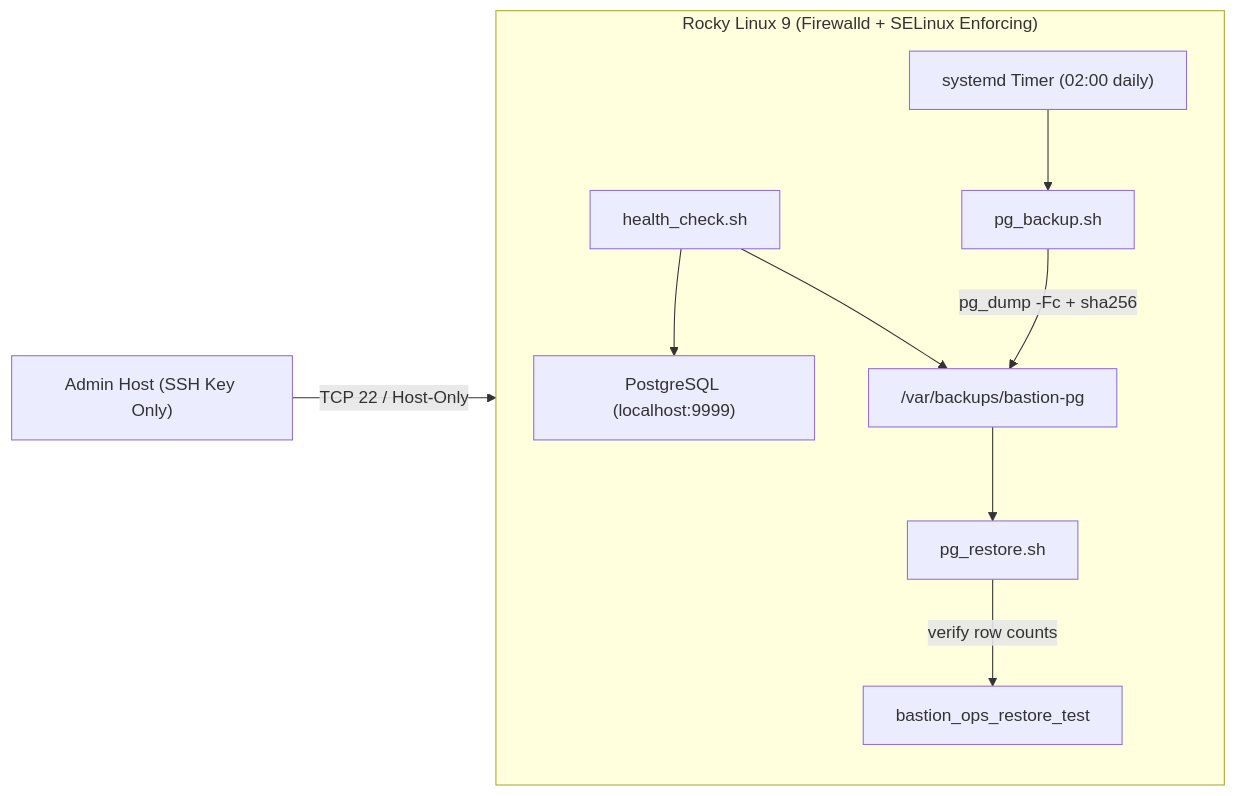
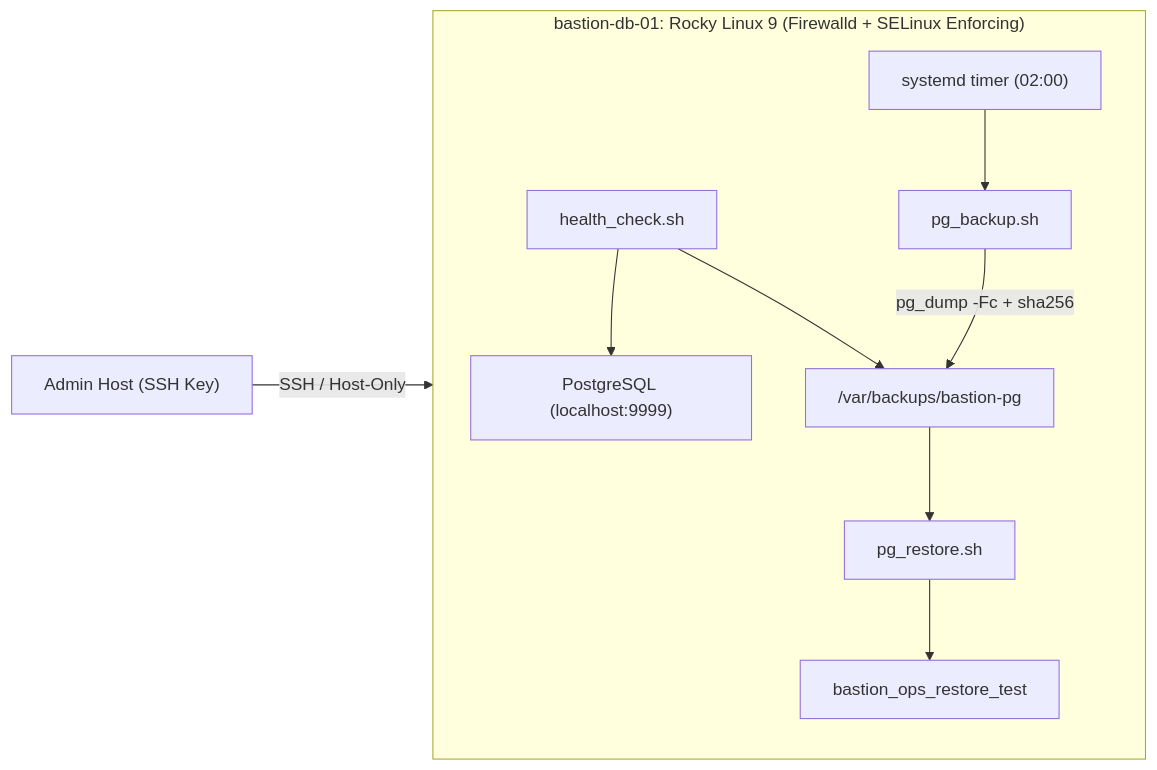
The diagram in README.md (emredalaman07/airgap-ops), drawn with Mermaid before and after one commit. The commit also changed other lines of this file and 13 other files, not shown here.

````diff
--- a/README.md
+++ b/README.md
@@ -7,14 +7,14 @@
 ```mermaid
 flowchart LR
-    Host["Admin Host (SSH Key Only)"] -->|TCP 22 / Host-Only| VM
+    Admin["Admin Host (SSH Key)"] -->|SSH / Host-Only| VM
 
-    subgraph VM["Rocky Linux 9 (Firewalld + SELinux Enforcing)"]
+    subgraph VM["bastion-db-01: Rocky Linux 9 (Firewalld + SELinux Enforcing)"]
         PG["PostgreSQL (localhost:9999)"]
-        Timer["systemd Timer (02:00 daily)"] --> Backup["pg_backup.sh"]
+        Timer["systemd timer (02:00)"] --> Backup["pg_backup.sh"]
         Backup -->|pg_dump -Fc + sha256| Store["/var/backups/bastion-pg"]
         Store --> Restore["pg_restore.sh"]
-        Restore -->|verify row counts| TestDB["bastion_ops_restore_test"]
+        Restore --> TestDB["bastion_ops_restore_test"]
         Health["health_check.sh"] --> PG
         Health --> Store
     end
 ```
````
